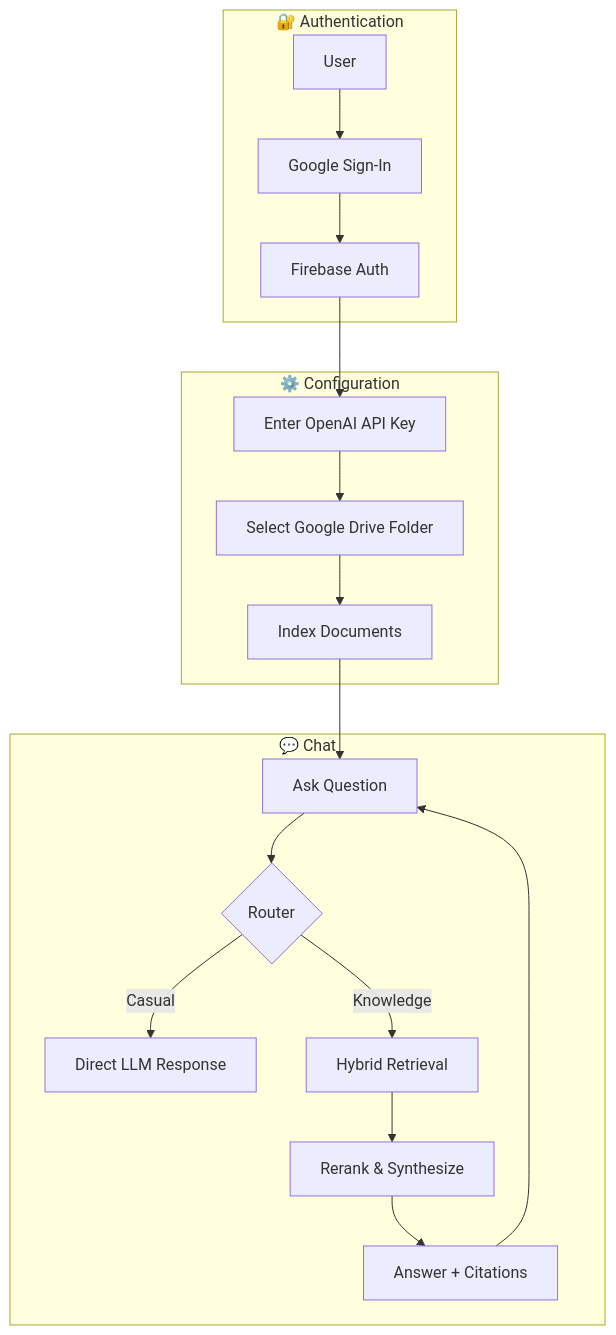
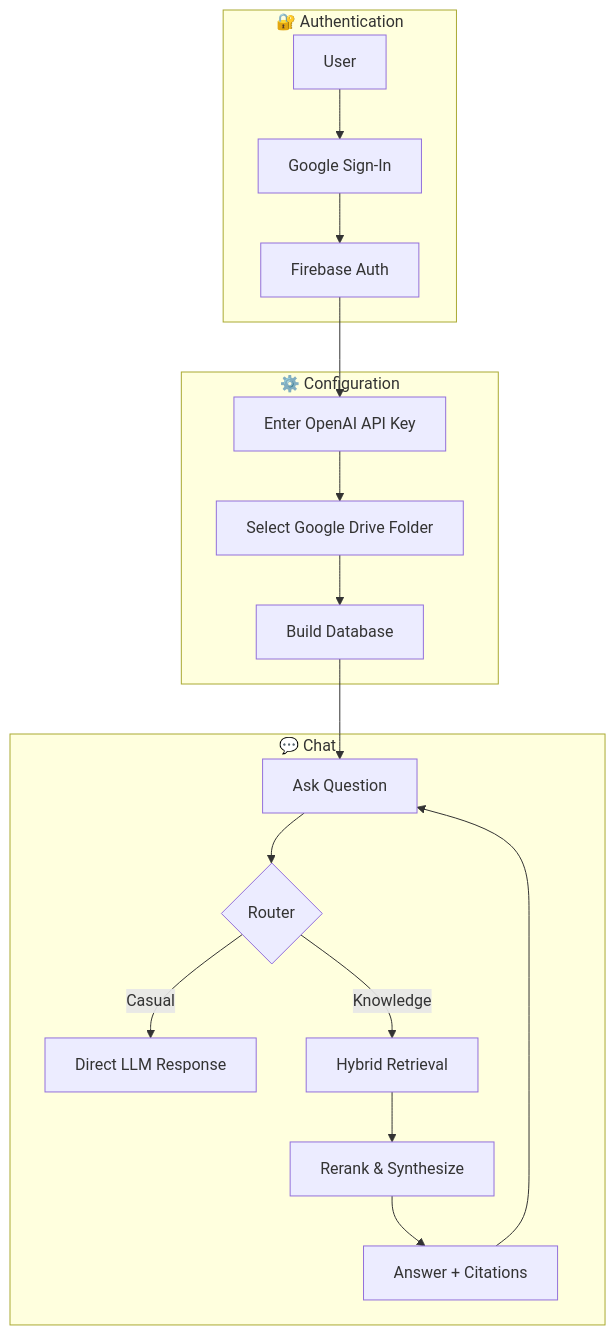
Before and after one commit to arjuntheprogrammer/internal-knowledge-assistant-rag: the diagram in README.md, drawn with Mermaid. The commit also changed other lines of this file, not shown here.

````diff
--- a/README.md
+++ b/README.md
@@ -22,24 +22,24 @@
 ```mermaid
 flowchart TD
     subgraph Auth["🔐 Authentication"]
         A[User] --> B[Google Sign-In]
         B --> C[Firebase Auth]
     end
 
     subgraph Setup["⚙️ Configuration"]
         C --> D[Enter OpenAI API Key]
         D --> E[Select Google Drive Folder]
-        E --> F[Index Documents]
+        E --> F[Build Database]
     end
 
     subgraph Chat["💬 Chat"]
         F --> G[Ask Question]
         G --> H{Router}
         H -->|Casual| I[Direct LLM Response]
         H -->|Knowledge| J[Hybrid Retrieval]
         J --> K[Rerank & Synthesize]
         K --> L[Answer + Citations]
     end
 
     L --> G
 ```
````
